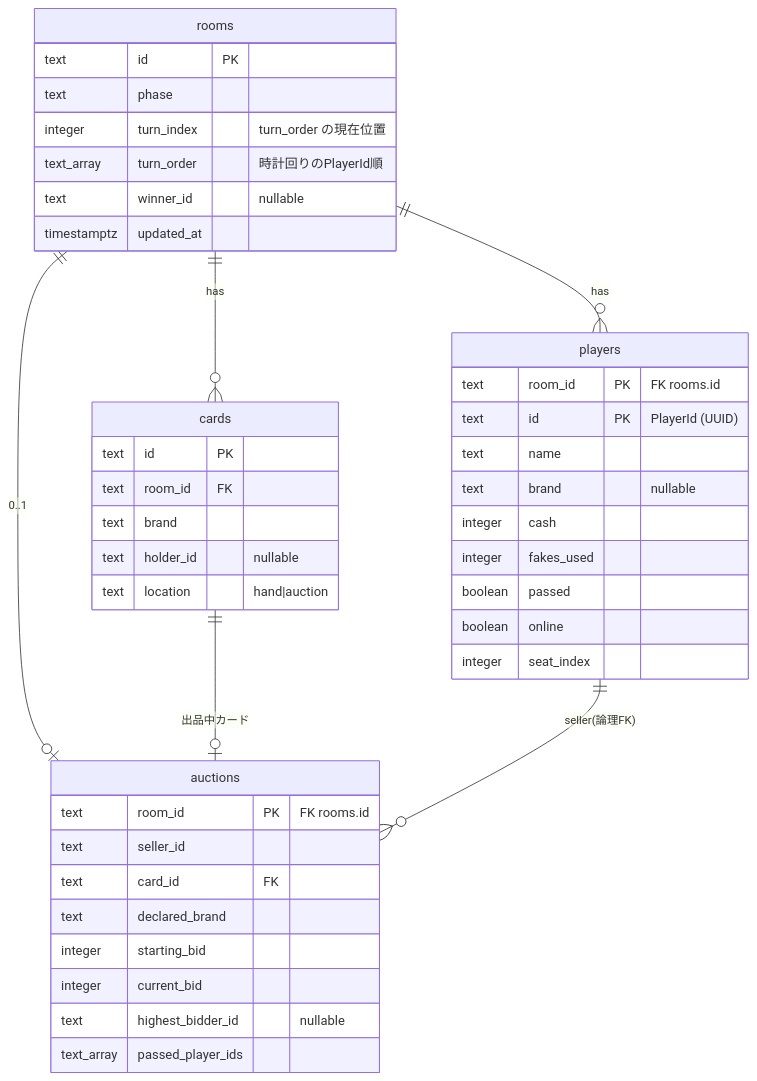
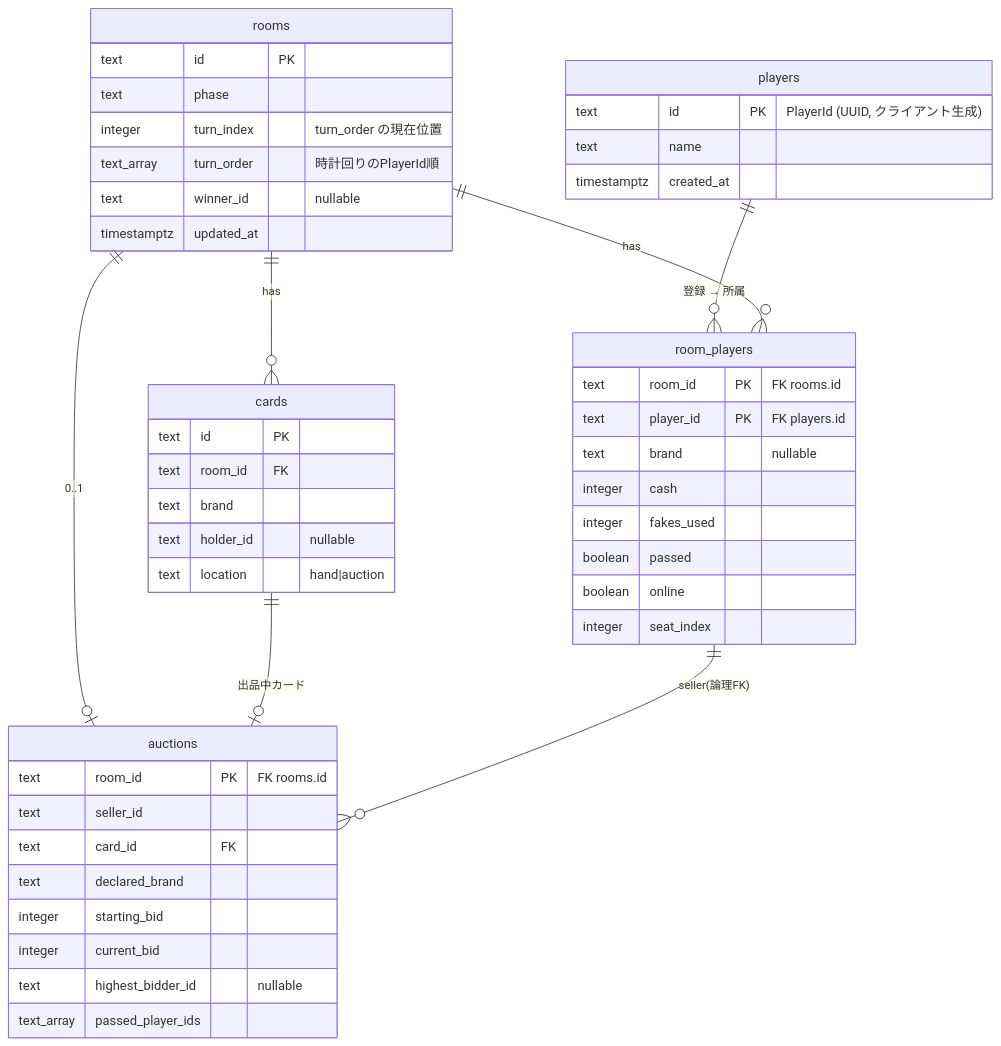
One commit to calm1205/bluff-auction changed the diagram in docs/design/02_data_model.md. Above: the diagram before and after it, drawn with Mermaid. The commit also changed other lines of this file, not shown here.

Commit message:
chore: auto-commit by Claude Code

````diff
--- a/docs/design/02_data_model.md
+++ b/docs/design/02_data_model.md
@@ -7,45 +7,50 @@
 ```mermaid
 erDiagram
-    rooms ||--o{ players : has
+    players ||--o{ room_players : "登録 → 所属"
+    rooms ||--o{ room_players : has
     rooms ||--o{ cards : has
     rooms ||--o| auctions : "0..1"
     cards ||--o| auctions : "出品中カード"
-    players ||--o{ auctions : "seller(論理FK)"
+    room_players ||--o{ auctions : "seller(論理FK)"
 
     rooms {
         text id PK
         text phase
         integer turn_index "turn_order の現在位置"
         text_array turn_order "時計回りのPlayerId順"
         text winner_id "nullable"
         timestamptz updated_at
     }
     players {
+        text id PK "PlayerId (UUID, クライアント生成)"
+        text name
+        timestamptz created_at
+    }
+    room_players {
         text room_id PK "FK rooms.id"
-        text id PK "PlayerId (UUID)"
-        text name
+        text player_id PK "FK players.id"
         text brand "nullable"
         integer cash
         integer fakes_used
         boolean passed
         boolean online
         integer seat_index
     }
     cards {
         text id PK
         text room_id FK
         text brand
         text holder_id "nullable"
         text location "hand|auction"
     }
     auctions {
         text room_id PK "FK rooms.id"
         text seller_id
         text card_id FK
         text declared_brand
         integer starting_bid
         integer current_bid
         text highest_bidder_id "nullable"
         text_array passed_player_ids
     }
 ```
````
